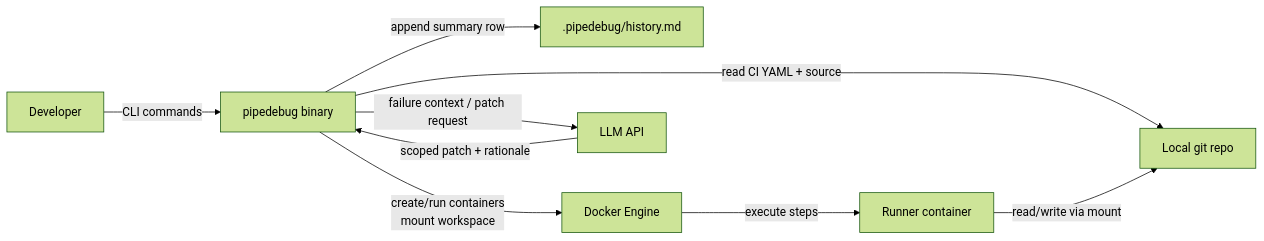
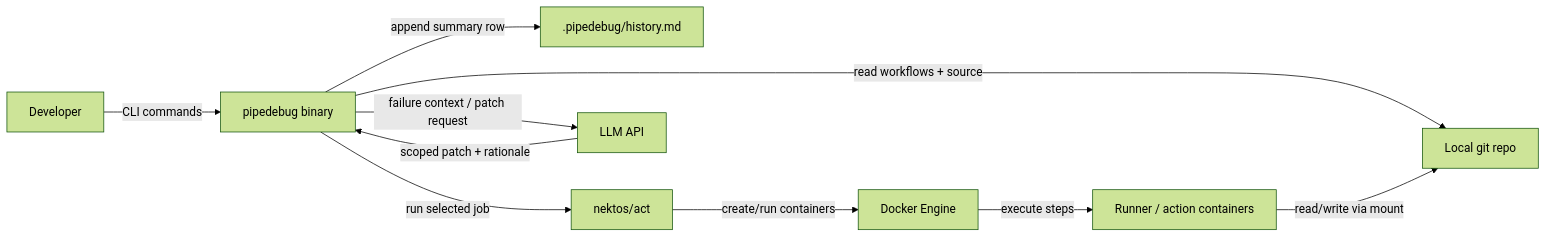
One commit to paramtully/Ci-Cd-Pipeline-Debugger changed the first of 4 diagrams in docs/TECHNICAL_DESIGN.md. Above: the diagram before and after it, drawn with Mermaid (forest theme). The commit also changed other lines of this file and 9 other files, not shown here.

Commit message:
upated docs to use act to run github actions locally

````diff
--- a/docs/TECHNICAL_DESIGN.md
+++ b/docs/TECHNICAL_DESIGN.md
@@ -183,11 +191,12 @@
 ```mermaid
 flowchart LR
   Dev[Developer] -->|CLI commands| PD[pipedebug binary]
-  PD -->|read CI YAML + source| Repo[Local git repo]
+  PD -->|read workflows + source| Repo[Local git repo]
   PD -->|append summary row| Journal[.pipedebug/history.md]
-  PD -->|create/run containers<br/>mount workspace| Docker[Docker Engine]
-  Docker -->|execute steps| Ctr[Runner container]
+  PD -->|run selected job| Act[nektos/act]
+  Act -->|create/run containers| Docker[Docker Engine]
+  Docker -->|execute steps| Ctr[Runner / action containers]
   Ctr -->|read/write via mount| Repo
   PD -->|failure context / patch request| LLM[LLM API]
   LLM -->|scoped patch + rationale| PD
 ```
````
